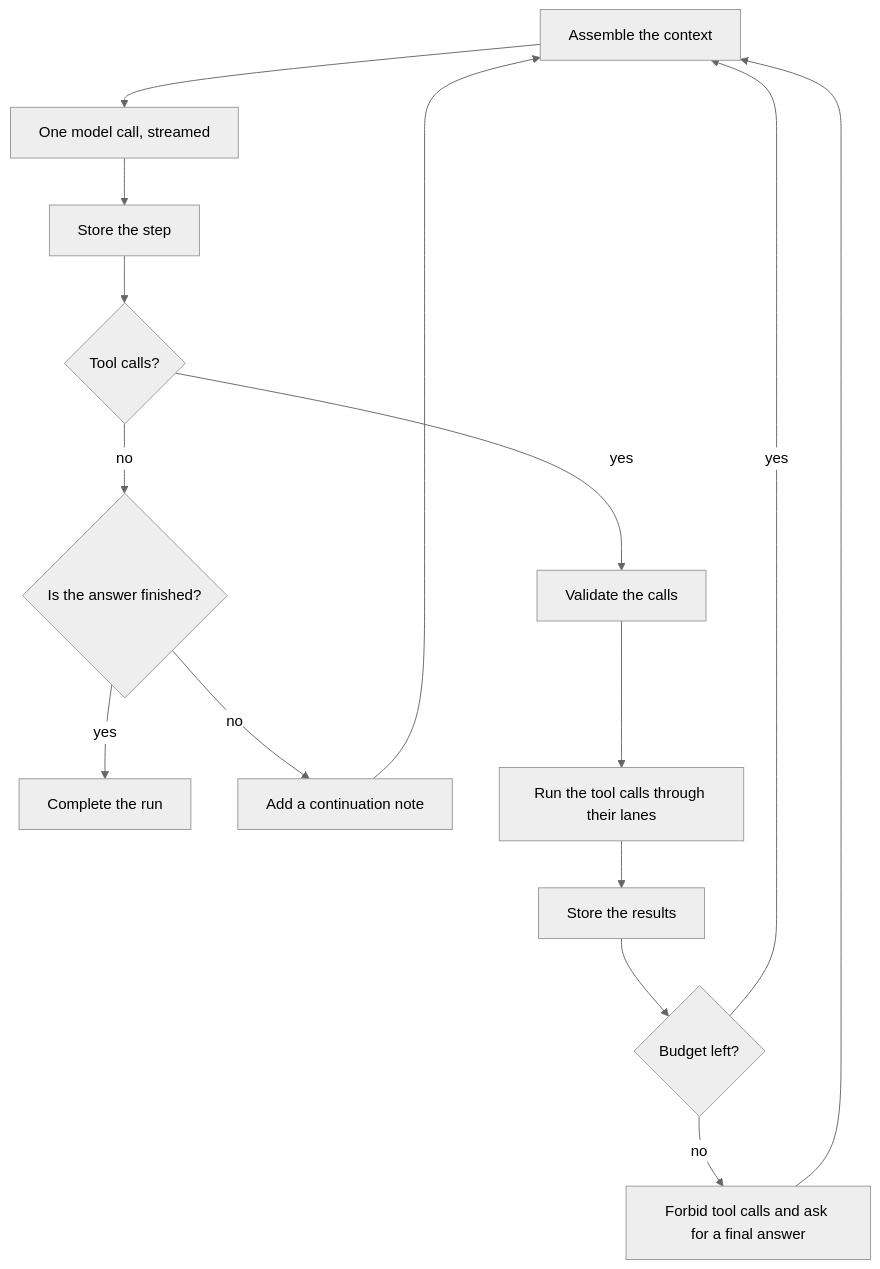
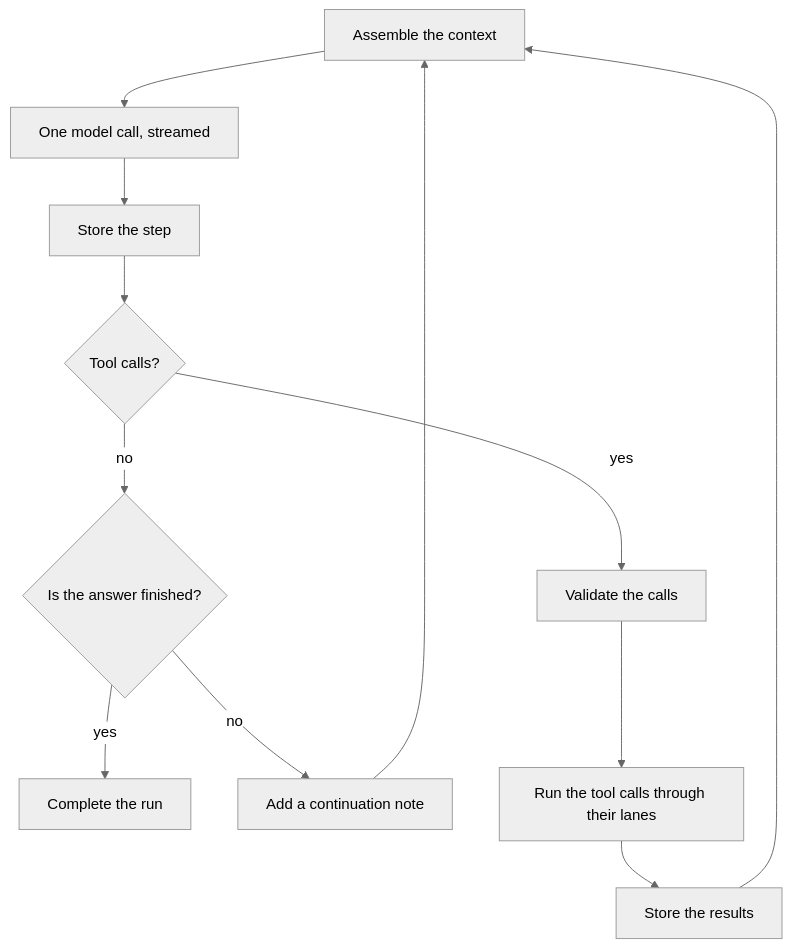
One commit to limbon2/mannie changed the diagram in docs/architecture/agent-runtime.md. Above: the diagram before and after it, drawn with Mermaid (neutral theme). The commit also changed other lines of this file and 32 other files, not shown here.

````diff
--- a/docs/architecture/agent-runtime.md
+++ b/docs/architecture/agent-runtime.md
@@ -32,15 +32,13 @@
 ```mermaid
 flowchart TD
   A[Assemble the context] --> B[One model call, streamed]
   B --> C[Store the step]
   C --> D{Tool calls?}
   D -- no --> E{Is the answer finished?}
   E -- yes --> F[Complete the run]
   E -- no --> G[Add a continuation note] --> A
   D -- yes --> H[Validate the calls]
   H --> I[Run the tool calls through their lanes]
   I --> J[Store the results]
-  J --> K{Budget left?}
-  K -- yes --> A
-  K -- no --> L[Forbid tool calls and ask for a final answer] --> A
+  J --> A
 ```
````
